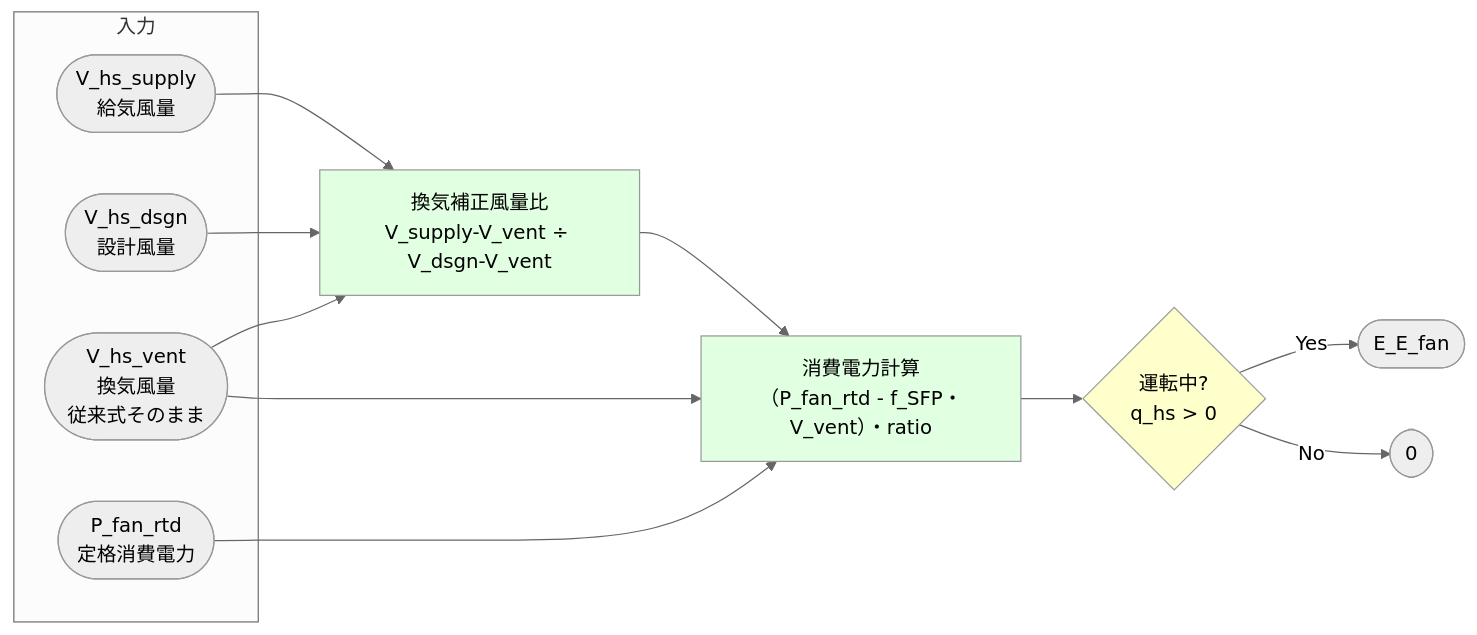
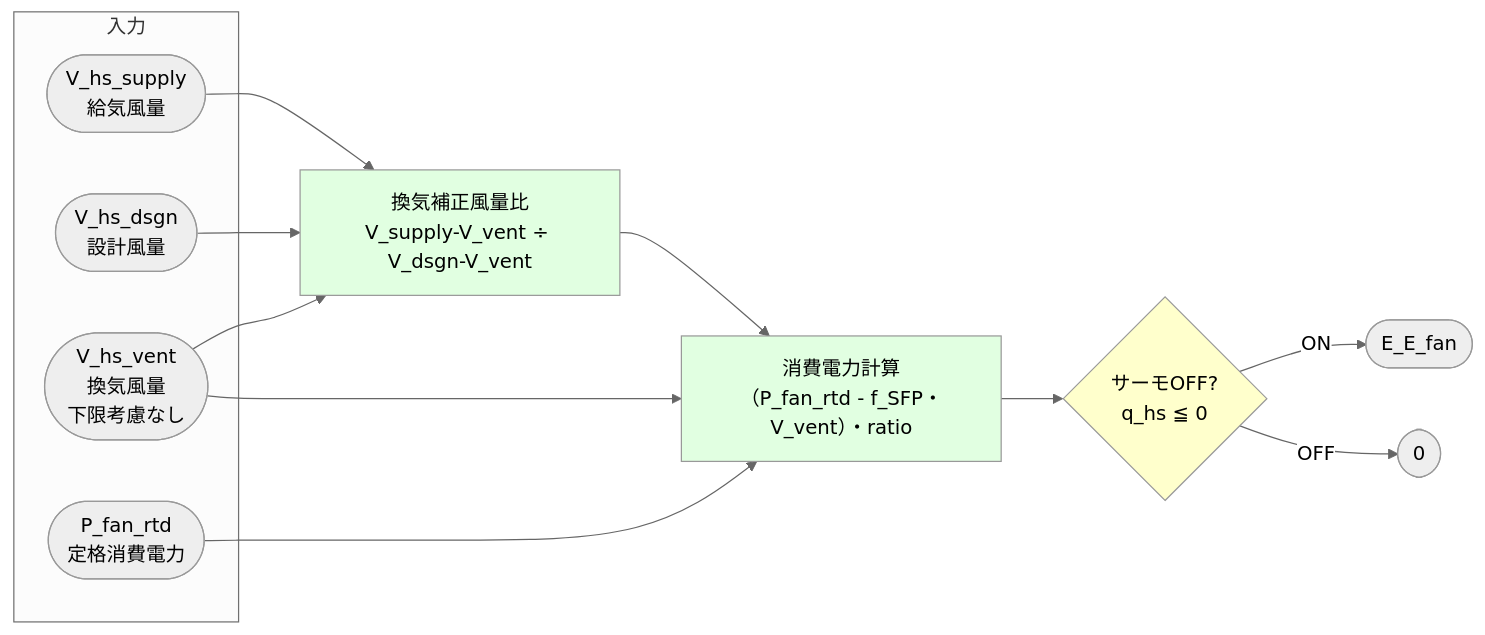
Before and after one commit to iguchi-lab/Verification-Platform-Next: the second of 4 diagrams in docs/最低風量_最低電力_直接入力.md, drawn with Mermaid (neutral theme). The commit also changed other lines of this file, not shown here.

````diff
--- a/docs/最低風量_最低電力_直接入力.md
+++ b/docs/最低風量_最低電力_直接入力.md
@@ -129,26 +137,26 @@
 ```mermaid
 flowchart LR
 
 subgraph 入力
     V([V_hs_supply<br/>給気風量])
     V_dsgn([V_hs_dsgn<br/>設計風量])
-    V_vent([V_hs_vent<br/>換気風量<br/>従来式そのまま])
+    V_vent([V_hs_vent<br/>換気風量<br/>下限考慮なし])
     P([P_fan_rtd<br/>定格消費電力])
 end
 
 V --> Ratio[換気補正風量比<br/>V_supply-V_vent ÷ V_dsgn-V_vent ]
 V_dsgn --> Ratio
 V_vent --> Ratio
 
 Ratio --> Power[消費電力計算<br/>（P_fan_rtd - f_SFP・V_vent）・ratio]
 P --> Power
 V_vent --> Power
 
-Power --> Check{運転中?<br/>q_hs > 0}
-Check -->|Yes| Result([E_E_fan])
-Check -->|No| Zero([0])
+Power --> Check{サーモOFF?<br/>q_hs ≦ 0}
+Check -->|ON| Result([E_E_fan])
+Check -->|OFF| Zero([0])
 
 style Ratio fill:#e1ffe1
 style Power fill:#e1ffe1
 style Check fill:#ffffcc
 ```
````
